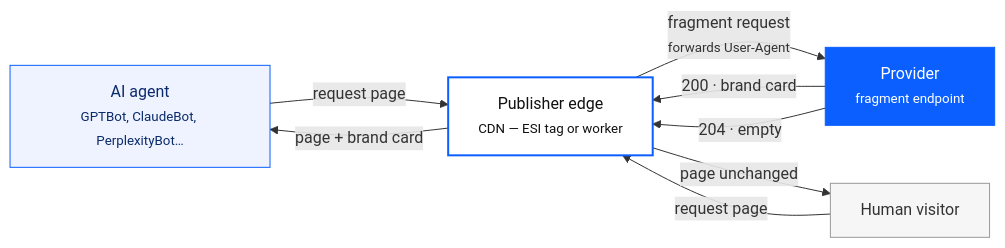
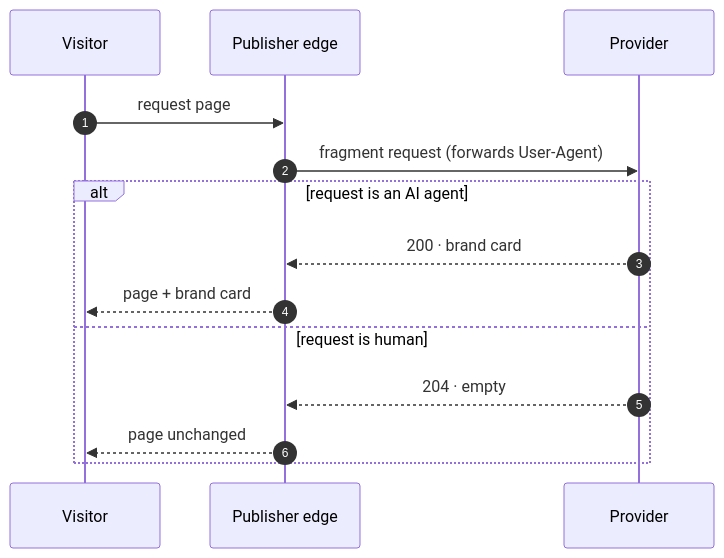
One commit to brandcontent-dev/spec changed the diagram in docs/index.md. Above: the diagram before and after it, drawn with Mermaid.

Commit message:
Prettier "How it works": sequence diagram with an agent/human alt branch.
Replace the criss-cross flowchart with a sequence diagram (Visitor →
Publisher edge → Provider), autonumbered, with an alt/else frame that
cleanly separates the AI-agent path (200 · brand card) from the human
path (204 · empty). No hardcoded mermaid theme, so Material themes it
per light/dark scheme — prettier and dark-safe.

````diff
--- a/docs/index.md
+++ b/docs/index.md
@@ -23,20 +23,16 @@
 ```mermaid
-flowchart LR
-    A["AI agent<br/><small>GPTBot, ClaudeBot, PerplexityBot…</small>"]:::agent
-    H["Human visitor"]:::human
-    E["Publisher edge<br/><small>CDN — ESI tag or worker</small>"]:::edge
-    P["Provider<br/><small>fragment endpoint</small>"]:::prov
-
-    A -->|"request page"| E
-    H -->|"request page"| E
-    E -->|"fragment request<br/><small>forwards User-Agent</small>"| P
-    P -->|"200 · brand card"| E
-    P -->|"204 · empty"| E
-    E -->|"page + brand card"| A
-    E -->|"page unchanged"| H
-
-    classDef agent fill:#eef3ff,stroke:#0b5fff,color:#0b2a6b;
-    classDef human fill:#f6f6f6,stroke:#999,color:#333;
-    classDef edge fill:#ffffff,stroke:#0b5fff,color:#111,stroke-width:2px;
-    classDef prov fill:#0b5fff,stroke:#0b5fff,color:#fff;
+sequenceDiagram
+    autonumber
+    participant V as Visitor
+    participant E as Publisher edge
+    participant P as Provider
+    V->>E: request page
+    E->>P: fragment request (forwards User-Agent)
+    alt request is an AI agent
+        P-->>E: 200 · brand card
+        E-->>V: page + brand card
+    else request is human
+        P-->>E: 204 · empty
+        E-->>V: page unchanged
+    end
 ```
````
